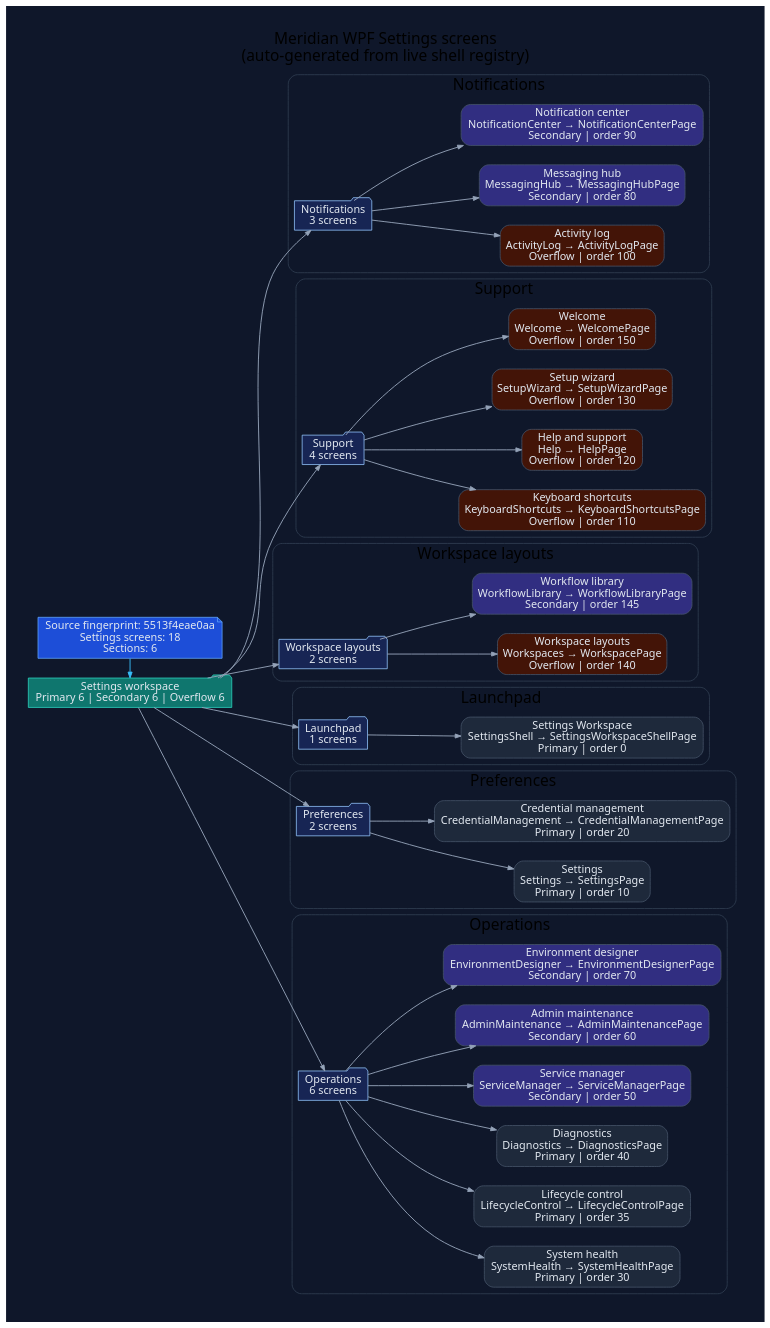
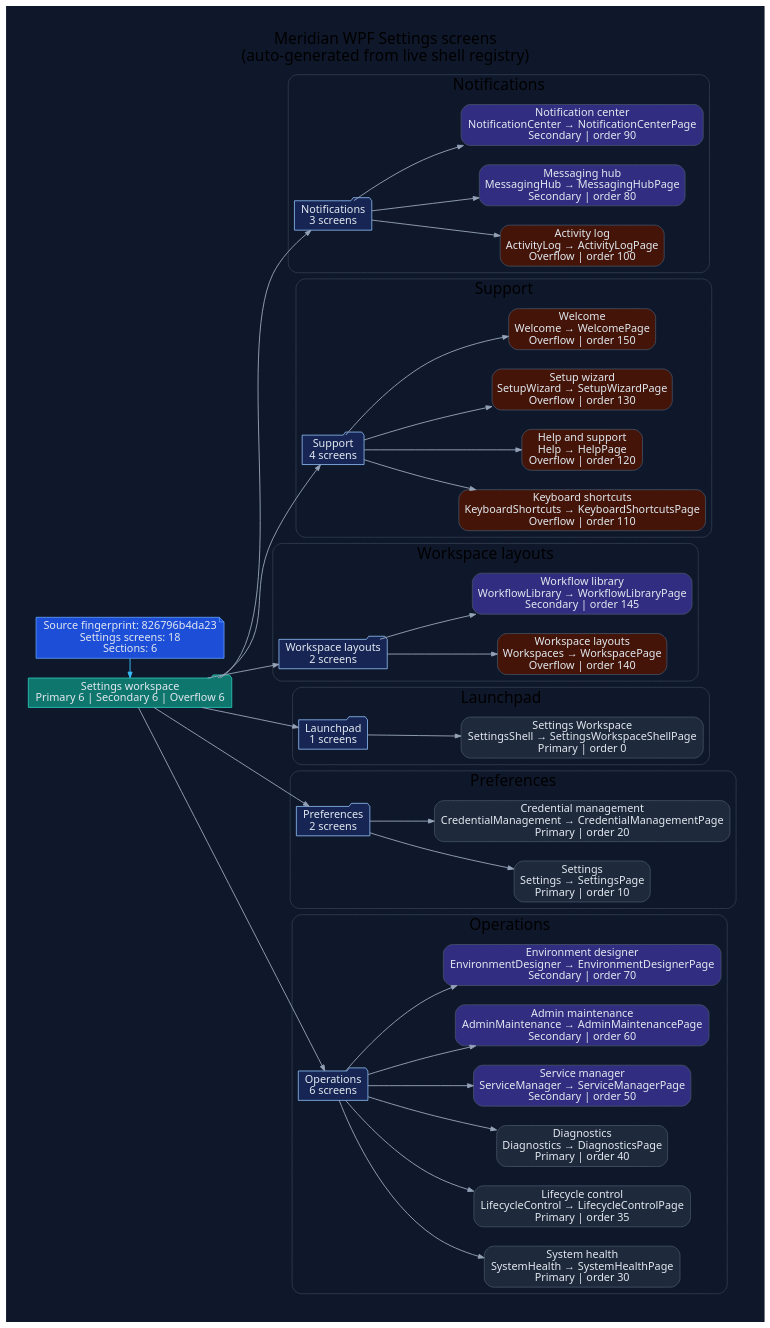
Before and after one commit to rodoHasArrived/Meridian-main: the diagram in docs/diagrams/ui-wpf-screens-settings.dot, drawn with Graphviz. The commit also changed 54 other files, not shown here.

```diff
--- a/docs/diagrams/ui-wpf-screens-settings.dot
+++ b/docs/diagrams/ui-wpf-screens-settings.dot
@@ -1,110 +1,110 @@
 // -----------------------------------------------------------------------------
 // <auto-generated>
 // Generated by scripts/generate-diagrams.mjs.
 // Do not edit this file directly; update the WPF source files instead.
 // -----------------------------------------------------------------------------
 digraph WpfSettingsScreens {
   graph [
     rankdir=LR,
     labelloc=t,
     label="Meridian WPF Settings screens\n(auto-generated from live shell registry)",
     fontname="Segoe UI",
     fontsize=20,
     pad=0.4,
     nodesep=0.35,
     ranksep=0.85,
     bgcolor="#0f172a"
   ];
   node [fontname="Segoe UI", shape=box, style="rounded,filled", color="#475569", fontcolor="#e2e8f0", fillcolor="#1e293b"];
   edge [fontname="Segoe UI", color="#94a3b8", penwidth=1.2, arrowsize=0.75];
 
-  generated [shape=note, fillcolor="#1d4ed8", color="#60a5fa", label="Source fingerprint: 5513f4eae0aa\nSettings screens: 18\nSections: 6"];
+  generated [shape=note, fillcolor="#1d4ed8", color="#60a5fa", label="Source fingerprint: 826796b4da23\nSettings screens: 18\nSections: 6"];
   workspace [shape=folder, fillcolor="#0f766e", color="#2dd4bf", label="Settings workspace\nPrimary 6 | Secondary 6 | Overflow 6"];
   generated -> workspace [color="#38bdf8"];
 
   subgraph cluster_section_1 {
     label="Notifications";
     color="#334155";
     style="rounded";
     section_1 [shape=folder, fillcolor="#172554", color="#93c5fd", label="Notifications\n3 screens"];
     workspace -> section_1;
     screen_ActivityLog [fillcolor="#431407", label="Activity log\nActivityLog → ActivityLogPage\nOverflow | order 100"];
     section_1 -> screen_ActivityLog;
     screen_MessagingHub [fillcolor="#312e81", label="Messaging hub\nMessagingHub → MessagingHubPage\nSecondary | order 80"];
     section_1 -> screen_MessagingHub;
     screen_NotificationCenter [fillcolor="#312e81", label="Notification center\nNotificationCenter → NotificationCenterPage\nSecondary | order 90"];
     section_1 -> screen_NotificationCenter;
   }
 
   subgraph cluster_section_2 {
     label="Support";
     color="#334155";
     style="rounded";
     section_2 [shape=folder, fillcolor="#172554", color="#93c5fd", label="Support\n4 screens"];
     workspace -> section_2;
     screen_KeyboardShortcuts [fillcolor="#431407", label="Keyboard shortcuts\nKeyboardShortcuts → KeyboardShortcutsPage\nOverflow | order 110"];
     section_2 -> screen_KeyboardShortcuts;
     screen_Help [fillcolor="#431407", label="Help and support\nHelp → HelpPage\nOverflow | order 120"];
     section_2 -> screen_Help;
     screen_SetupWizard [fillcolor="#431407", label="Setup wizard\nSetupWizard → SetupWizardPage\nOverflow | order 130"];
     section_2 -> screen_SetupWizard;
     screen_Welcome [fillcolor="#431407", label="Welcome\nWelcome → WelcomePage\nOverflow | order 150"];
     section_2 -> screen_Welcome;
   }
 
   subgraph cluster_section_3 {
     label="Workspace layouts";
     color="#334155";
     style="rounded";
     section_3 [shape=folder, fillcolor="#172554", color="#93c5fd", label="Workspace layouts\n2 screens"];
     workspace -> section_3;
     screen_Workspaces [fillcolor="#431407", label="Workspace layouts\nWorkspaces → WorkspacePage\nOverflow | order 140"];
     section_3 -> screen_Workspaces;
     screen_WorkflowLibrary [fillcolor="#312e81", label="Workflow library\nWorkflowLibrary → WorkflowLibraryPage\nSecondary | order 145"];
     section_3 -> screen_WorkflowLibrary;
   }
 
   subgraph cluster_section_4 {
     label="Launchpad";
     color="#334155";
     style="rounded";
     section_4 [shape=folder, fillcolor="#172554", color="#93c5fd", label="Launchpad\n1 screens"];
     workspace -> section_4;
     screen_SettingsShell [fillcolor="#1e293b", label="Settings Workspace\nSettingsShell → SettingsWorkspaceShellPage\nPrimary | order 0"];
     section_4 -> screen_SettingsShell;
   }
 
   subgraph cluster_section_5 {
     label="Preferences";
     color="#334155";
     style="rounded";
     section_5 [shape=folder, fillcolor="#172554", color="#93c5fd", label="Preferences\n2 screens"];
     workspace -> section_5;
     screen_Settings [fillcolor="#1e293b", label="Settings\nSettings → SettingsPage\nPrimary | order 10"];
     section_5 -> screen_Settings;
     screen_CredentialManagement [fillcolor="#1e293b", label="Credential management\nCredentialManagement → CredentialManagementPage\nPrimary | order 20"];
     section_5 -> screen_CredentialManagement;
   }
 
   subgraph cluster_section_6 {
     label="Operations";
     color="#334155";
     style="rounded";
     section_6 [shape=folder, fillcolor="#172554", color="#93c5fd", label="Operations\n6 screens"];
     workspace -> section_6;
     screen_SystemHealth [fillcolor="#1e293b", label="System health\nSystemHealth → SystemHealthPage\nPrimary | order 30"];
     section_6 -> screen_SystemHealth;
     screen_LifecycleControl [fillcolor="#1e293b", label="Lifecycle control\nLifecycleControl → LifecycleControlPage\nPrimary | order 35"];
     section_6 -> screen_LifecycleControl;
     screen_Diagnostics [fillcolor="#1e293b", label="Diagnostics\nDiagnostics → DiagnosticsPage\nPrimary | order 40"];
     section_6 -> screen_Diagnostics;
     screen_ServiceManager [fillcolor="#312e81", label="Service manager\nServiceManager → ServiceManagerPage\nSecondary | order 50"];
     section_6 -> screen_ServiceManager;
     screen_AdminMaintenance [fillcolor="#312e81", label="Admin maintenance\nAdminMaintenance → AdminMaintenancePage\nSecondary | order 60"];
     section_6 -> screen_AdminMaintenance;
     screen_EnvironmentDesigner [fillcolor="#312e81", label="Environment designer\nEnvironmentDesigner → EnvironmentDesignerPage\nSecondary | order 70"];
     section_6 -> screen_EnvironmentDesigner;
   }
 
   { rank=min; generated; workspace; }
 }
```
